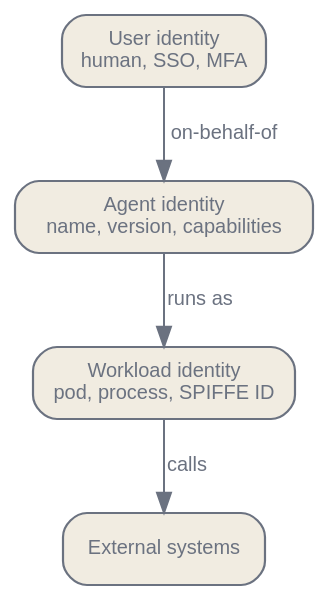
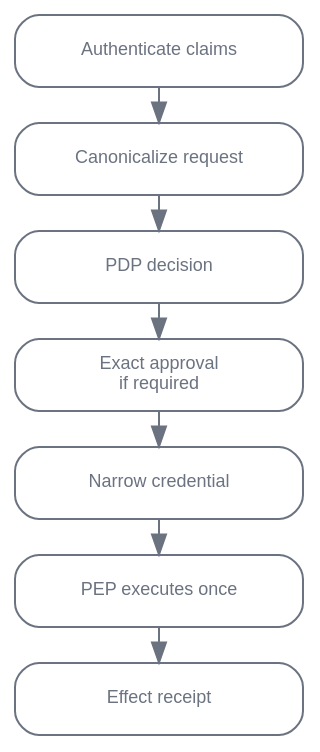
One commit to latere-ai/ai-as-an-infrastructure changed the diagram in en/safety/03-security-authorization.qmd. Above: the diagram before and after it, drawn with Graphviz. The commit also changed other lines of this file and 4 other files, not shown here.

````diff
--- a/en/safety/03-security-authorization.qmd
+++ b/en/safety/03-security-authorization.qmd
@@ -110,20 +66,19 @@
 ```{dot}
-//| label: fig-security-three-identities
-//| fig-cap: "Three orthogonal principals reconciled on every call. The user is delegated onto the agent, the agent runs as a workload, and the workload reaches external systems. Each axis answers an attribution the other two cannot."
+//| label: fig-security-request-effect
+//| fig-cap: "A request becomes an effect only after trusted normalization, policy evaluation, any exact approval, and enforcement. The outcome receipt is linked to the authorized request."
 digraph {
   bgcolor="transparent";
   rankdir=TB;
-  nodesep=0.4; ranksep=0.5;
-  node [shape=box, style="rounded,filled", fontname="Helvetica", fontsize=10, color="#6b7280", fontcolor="#6b7280", fillcolor="#f1ece1", penwidth=1.1];
-  edge [fontsize=10, fontname="Helvetica", color="#6b7280", fontcolor="#6b7280"];
-
-  U [label="User identity\nhuman, SSO, MFA"];
-  A [label="Agent identity\nname, version, capabilities"];
-  W [label="Workload identity\npod, process, SPIFFE ID"];
-  EXT [label="External systems"];
-
-  U -> A [label="on-behalf-of"];
-  A -> W [label="runs as"];
-  W -> EXT [label="calls"];
+  graph [nodesep=0.18, ranksep=0.25];
+  node [shape=box, style="rounded", fontname="Helvetica", fontsize=9, color="#6b7280", fontcolor="#6b7280", margin="0.08,0.05", width=2.0];
+  edge [fontname="Helvetica", fontsize=8, color="#6b7280"];
+  a [label="Authenticate claims"];
+  n [label="Canonicalize request"];
+  d [label="PDP decision"];
+  h [label="Exact approval\nif required"];
+  c [label="Narrow credential"];
+  e [label="PEP executes once"];
+  r [label="Effect receipt"];
+  a -> n -> d -> h -> c -> e -> r;
 }
 ```
````
